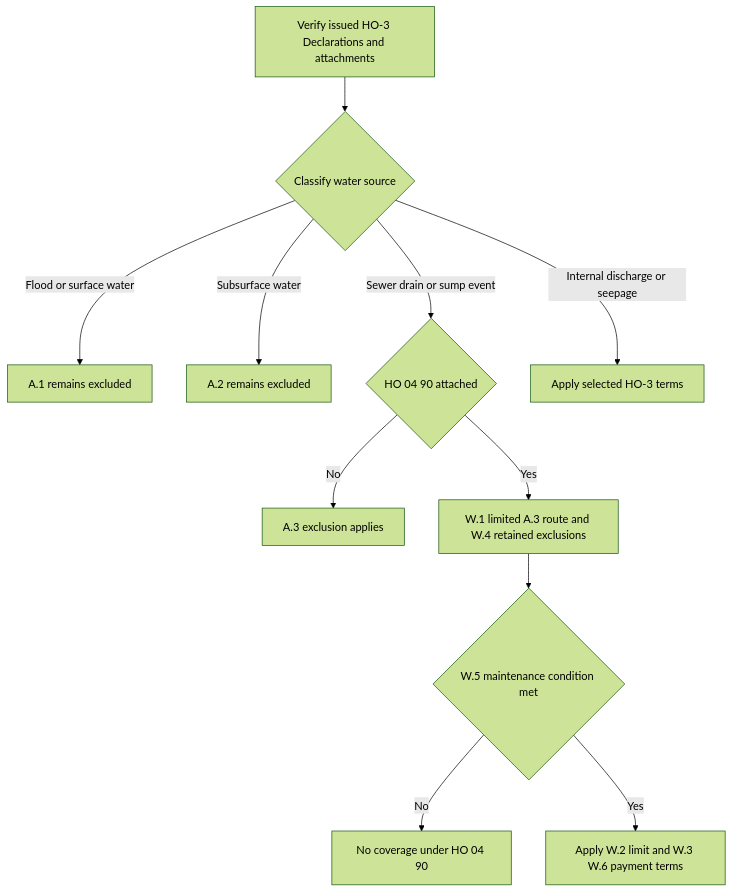
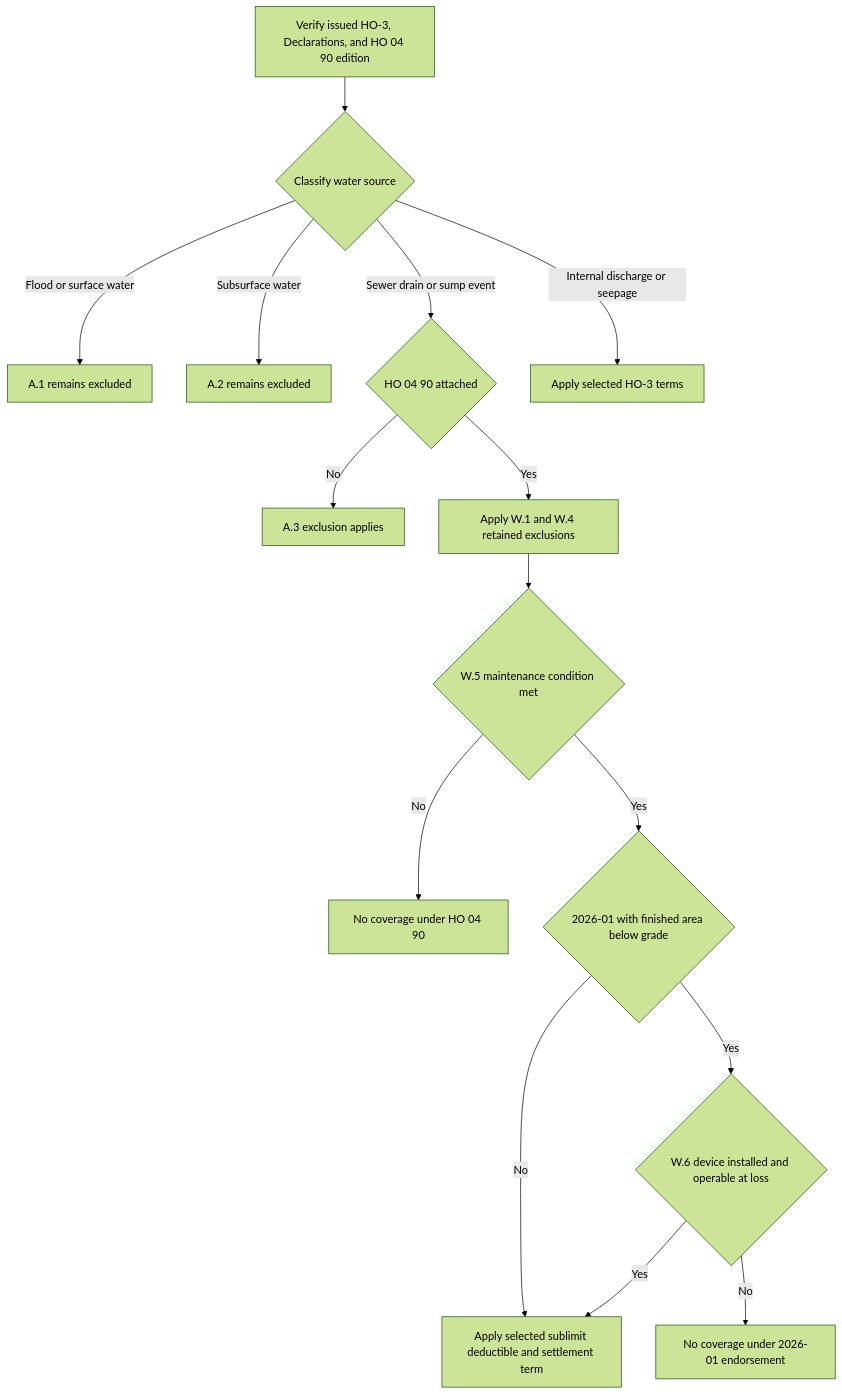
One commit to eugeneliu-86/openwiki-insurance-corpus changed the diagram in openwiki/coverage/property/water-damage-and-backup.md. Above: the diagram before and after it, drawn with Mermaid (forest theme). The commit also changed other lines of this file and 32 other files, not shown here.

````diff
--- a/openwiki/coverage/property/water-damage-and-backup.md
+++ b/openwiki/coverage/property/water-damage-and-backup.md
@@ -49,13 +59,17 @@
 ```mermaid
 flowchart TD
-    Record["Verify issued HO-3 Declarations and attachments"] --> Source{"Classify water source"}
+    Record["Verify issued HO-3, Declarations, and HO 04 90 edition"] --> Source{"Classify water source"}
     Source -- "Flood or surface water" --> AOne["A.1 remains excluded"]
     Source -- "Subsurface water" --> ATwo["A.2 remains excluded"]
     Source -- "Sewer drain or sump event" --> AThree{"HO 04 90 attached"}
     Source -- "Internal discharge or seepage" --> Other["Apply selected HO-3 terms"]
     AThree -- "No" --> AThreeBar["A.3 exclusion applies"]
-    AThree -- "Yes" --> Scope["W.1 limited A.3 route and W.4 retained exclusions"]
+    AThree -- "Yes" --> Scope["Apply W.1 and W.4 retained exclusions"]
     Scope --> Maint{"W.5 maintenance condition met"}
     Maint -- "No" --> NoWriteback["No coverage under HO 04 90"]
-    Maint -- "Yes" --> Terms["Apply W.2 limit and W.3 W.6 payment terms"]
+    Maint -- "Yes" --> BelowGrade{"2026-01 with finished area below grade"}
+    BelowGrade -- "No" --> Terms["Apply selected sublimit deductible and settlement term"]
+    BelowGrade -- "Yes" --> Device{"W.6 device installed and operable at loss"}
+    Device -- "No" --> NoCurrent["No coverage under 2026-01 endorsement"]
+    Device -- "Yes" --> Terms
 ```
````
